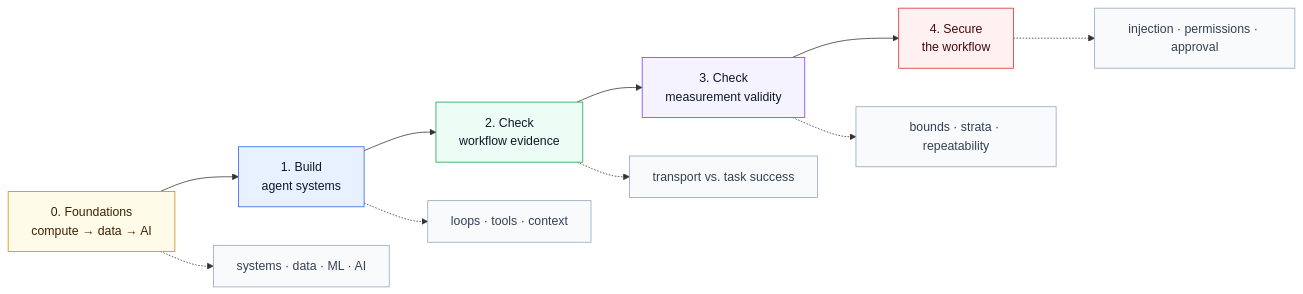
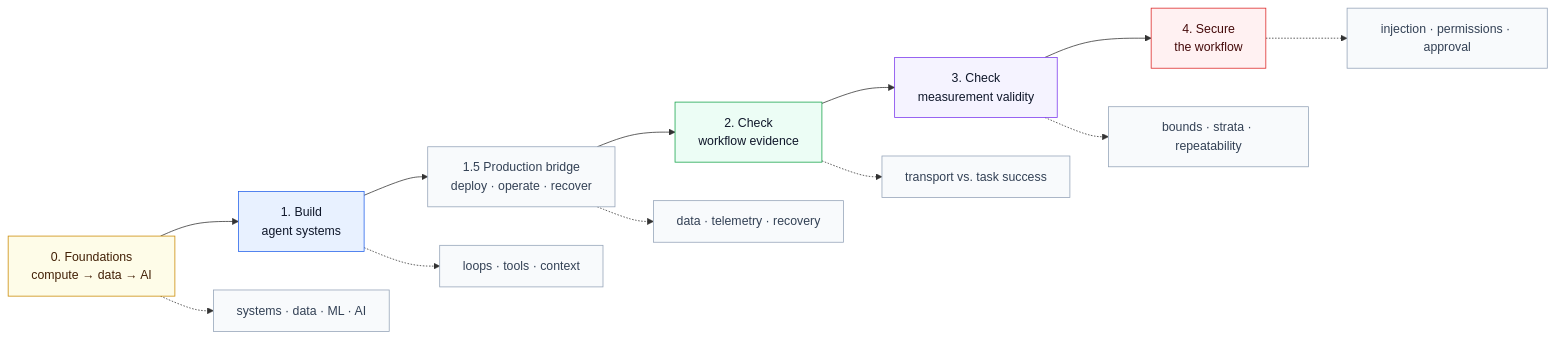
One commit to julie-elkins/agent-evaluation-learning-path changed the diagram in README.md. Above: the diagram before and after it, drawn with Mermaid. The commit also changed other lines of this file, not shown here.

Commit message:
Add production bridge to learning path

````diff
--- a/README.md
+++ b/README.md
@@ -14,27 +15,30 @@
 ```mermaid
 flowchart LR
     F["0. Foundations<br/>compute → data → AI"] --> B["1. Build<br/>agent systems"]
-    B --> W["2. Check<br/>workflow evidence"]
+    B --> P["1.5 Production bridge<br/>deploy · operate · recover"]
+    P --> W["2. Check<br/>workflow evidence"]
     W --> M["3. Check<br/>measurement validity"]
     M --> S["4. Secure<br/>the workflow"]
 
     F -.-> Fx["systems · data · ML · AI"]
     B -.-> Bx["loops · tools · context"]
     W -.-> Wx["transport vs. task success"]
     M -.-> Mx["bounds · strata · repeatability"]
     S -.-> Sx["injection · permissions · approval"]
+    P -.-> Px["data · telemetry · recovery"]
 
     classDef foundation fill:#fefce8,stroke:#ca8a04,color:#422006
     classDef build fill:#e8f1ff,stroke:#2563eb,color:#0f172a
     classDef workflow fill:#ecfdf5,stroke:#16a34a,color:#0f172a
     classDef measure fill:#f5f3ff,stroke:#7c3aed,color:#0f172a
     classDef secure fill:#fff1f2,stroke:#dc2626,color:#450a0a
     classDef detail fill:#f8fafc,stroke:#94a3b8,color:#334155
 
     class F foundation
     class B build
     class W workflow
     class M measure
     class S secure
-    class Fx,Bx,Wx,Mx,Sx detail
+    class P detail
+    class Fx,Bx,Wx,Mx,Sx,Px detail
 ```
````
